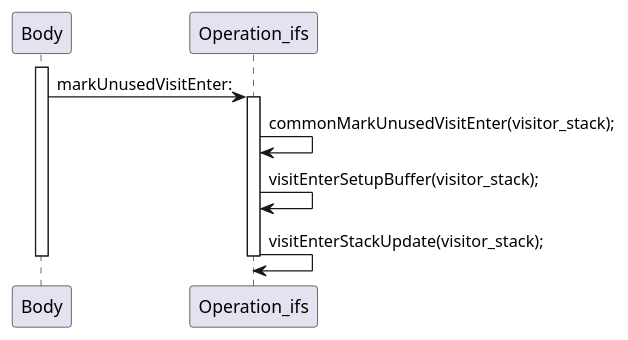
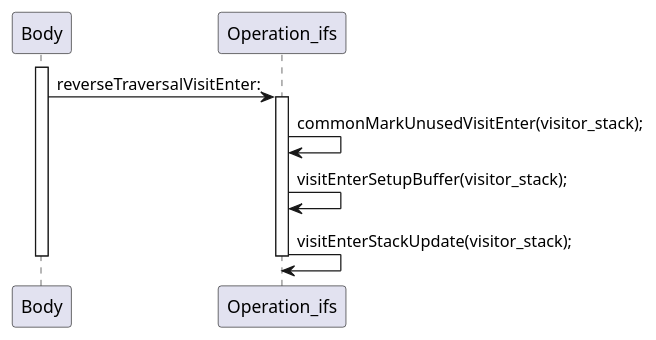
One commit to savvakonst/express_ex changed the third of 3 diagrams in doc/source/code_gen_steps.rst. Above: the diagram before and after it, drawn with PlantUML. The commit also changed other lines of this file and 19 other files, not shown here.

```diff
--- a/doc/source/code_gen_steps.rst
+++ b/doc/source/code_gen_steps.rst
@@ -94,17 +127,17 @@
 .. uml::
 
     @startuml
     activate Body
 
-        Body -> Operation_ifs: markUnusedVisitEnter:
+        Body -> Operation_ifs: reverseTraversalVisitEnter:
 
         activate Operation_ifs
 
             Operation_ifs ->Operation_ifs:   commonMarkUnusedVisitEnter(visitor_stack);
             Operation_ifs ->Operation_ifs:   visitEnterSetupBuffer(visitor_stack);
             Operation_ifs ->Operation_ifs:   visitEnterStackUpdate(visitor_stack);
 
         deactivate Operation_ifs
 
     deactivate Body
     @enduml
```
